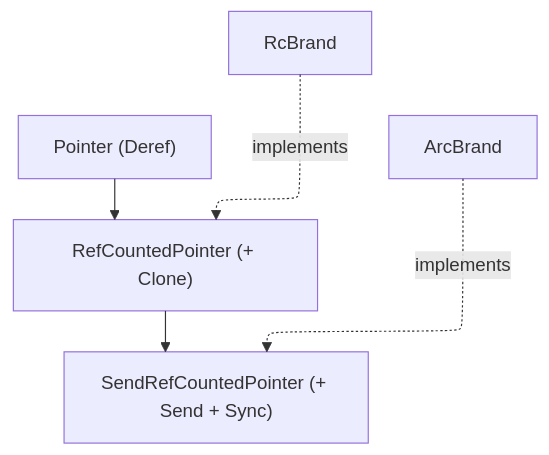
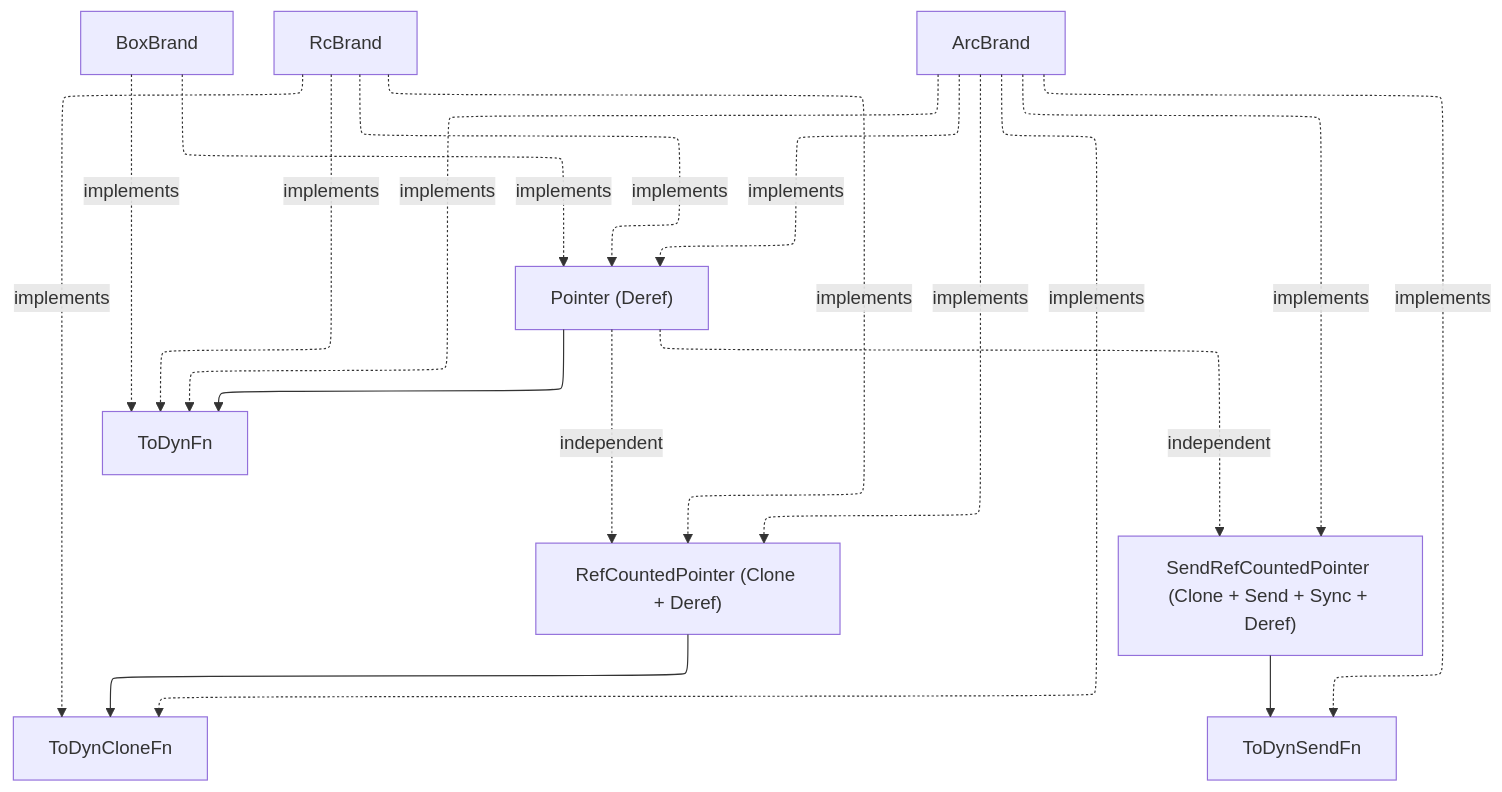
The diagram in fp-library/docs/pointer-abstraction.md (nothingnesses/rust-fp-library), drawn with Mermaid before and after one commit. The commit also changed other lines of this file and 6 other files, not shown here.

````diff
--- a/fp-library/docs/pointer-abstraction.md
+++ b/fp-library/docs/pointer-abstraction.md
@@ -7,11 +9,24 @@
 ```mermaid
 ---
 config:
   layout: elk
 ---
 graph TD
-    Pointer["Pointer (Deref)"] --> RefCountedPointer["RefCountedPointer (+ Clone)"]
-    RefCountedPointer --> SendRefCountedPointer["SendRefCountedPointer (+ Send + Sync)"]
+    Pointer["Pointer (Deref)"] -.independent.-> RefCountedPointer["RefCountedPointer (Clone + Deref)"]
+    Pointer -.independent.-> SendRefCountedPointer["SendRefCountedPointer (Clone + Send + Sync + Deref)"]
+    RefCountedPointer --> ToDynCloneFn["ToDynCloneFn"]
+    SendRefCountedPointer --> ToDynSendFn["ToDynSendFn"]
+    Pointer --> ToDynFn["ToDynFn"]
+    BoxBrand -.implements.-> Pointer
+    BoxBrand -.implements.-> ToDynFn
+    RcBrand -.implements.-> Pointer
     RcBrand -.implements.-> RefCountedPointer
+    RcBrand -.implements.-> ToDynFn
+    RcBrand -.implements.-> ToDynCloneFn
+    ArcBrand -.implements.-> Pointer
+    ArcBrand -.implements.-> RefCountedPointer
     ArcBrand -.implements.-> SendRefCountedPointer
+    ArcBrand -.implements.-> ToDynFn
+    ArcBrand -.implements.-> ToDynCloneFn
+    ArcBrand -.implements.-> ToDynSendFn
 ```
````
